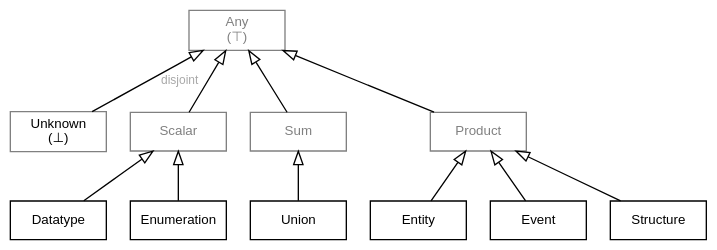
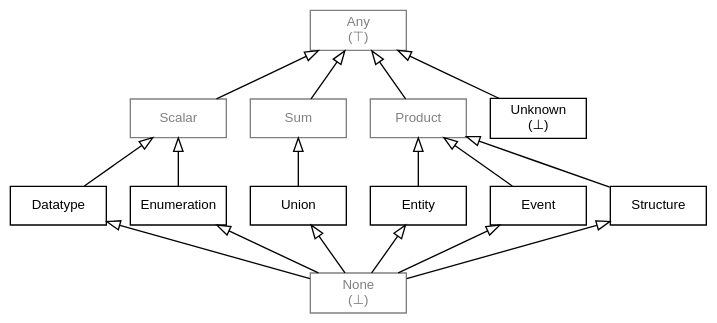
One commit to sdm-lang/tree-sitter-sdml changed the diagram in docs/surface-syntax.org. Above: the diagram before and after it, drawn with Graphviz. The commit also changed other lines of this file and 3 other files, not shown here.

```diff
--- a/docs/surface-syntax.org
+++ b/docs/surface-syntax.org
@@ -339,25 +341,33 @@
 #+BEGIN_SRC dot :file sdml-type-model.svg :exports results
 strict digraph {
    bgcolor="transparent";
    rankdir=BT;
    fontname="Helvetica,Arial,sans-serif";
    node [shape="rect"; fontname="Helvetica,Arial,sans-serif"; fontsize=10; width=1.0; height=0.4];
    edge [arrowhead=onormal; fontname="Helvetica,Arial,sans-serif"; fontsize=9; fontcolor="darkgrey"];
    
    Type [color="grey"; fontcolor="grey"; label="Any\n(⊤)"];
-   Unknown [color="grey"; label="Unknown\n(⊥)"];
    Scalar -> Type;
    Scalar [color="grey"; fontcolor="grey"];
    Datatype -> Scalar;
    Sum [color="grey"; fontcolor="grey"];
    Sum -> Type;
    Enumeration -> Scalar;
    Union -> Sum;
    Product [color="grey"; fontcolor="grey"];
    Product -> Type;
    Entity -> Product;
    Event -> Product;
    Structure -> Product;
-   Unknown -> Type [label="disjoint"];
+   Unknown [label="Unknown\n(⊥)"];
+   Unknown -> Type;
+        
+   None [color="grey"; fontcolor="grey"; label="None\n(⊥)"];
+   None -> Datatype;
+   None -> Enumeration;
+   None -> Union;
+   None -> Entity;
+   None -> Event;
+   None -> Structure;
 }
 #+END_SRC
```
